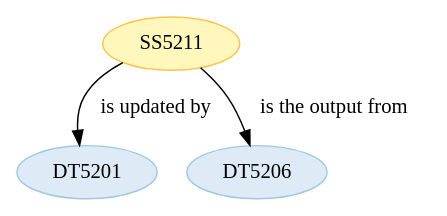
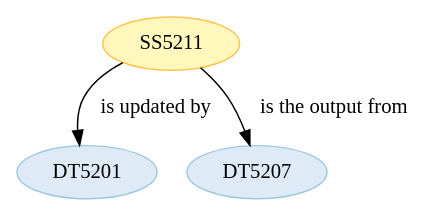
The diagram in wf5201/ST520111.dot (Marco-Salvi/cwl-test), drawn with Graphviz before and after one commit. The commit also changed 24 other files, not shown here.

```diff
--- a/wf5201/ST520111.dot
+++ b/wf5201/ST520111.dot
@@ -1,14 +1,14 @@
 strict digraph {
 
 
+	"DT5201" [ color="2", colorscheme="blues3", fillcolor="1", style="filled",  weight=0 ];
+
+	"DT5207" [ color="2", colorscheme="blues3", fillcolor="1", style="filled",  weight=0 ];
+
 	"SS5211" [ color="2", colorscheme="ylorbr3", fillcolor="1", style="filled",  weight=0 ];
+
+	"SS5211" -> "DT5207" [ label="is the output from", labeltooltip="DT5207 - is the output from - SS5211",  weight=0 ];
 
 	"SS5211" -> "DT5201" [ label="is updated by", labeltooltip="DT5201 - is updated by - SS5211",  weight=0 ];
 
-	"SS5211" -> "DT5206" [ label="is the output from", labeltooltip="DT5206 - is the output from - SS5211",  weight=0 ];
-
-	"DT5201" [ color="2", colorscheme="blues3", fillcolor="1", style="filled",  weight=0 ];
-
-	"DT5206" [ color="2", colorscheme="blues3", fillcolor="1", style="filled",  weight=0 ];
-
 }
```
